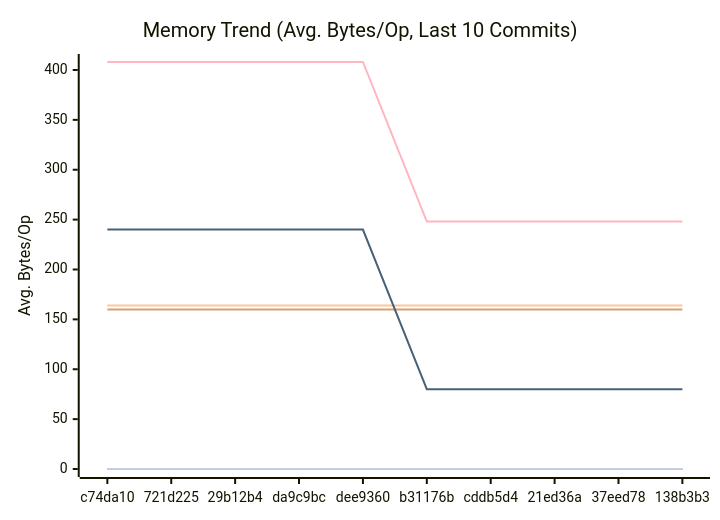
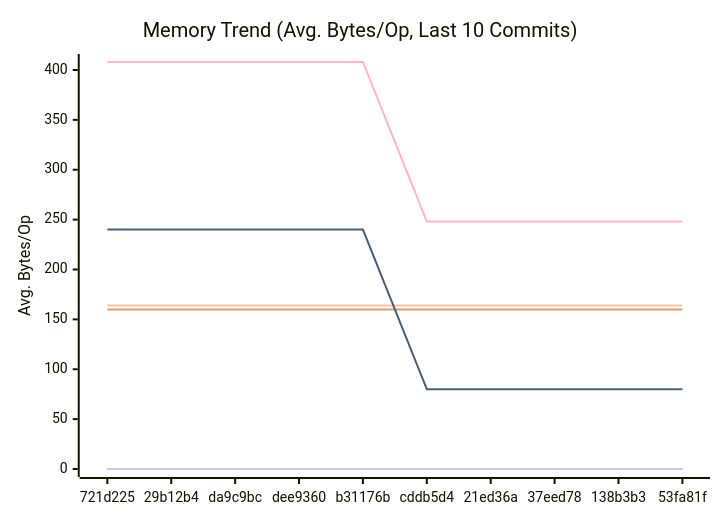
Before and after one commit to alsotoes/momo: the second of 3 diagrams in docs/PERFORMANCE.md, drawn with Mermaid. The commit also changed other lines of this file and 13 other files, not shown here.

````diff
--- a/docs/PERFORMANCE.md
+++ b/docs/PERFORMANCE.md
@@ -97,16 +97,16 @@
 ```mermaid
 xychart-beta
     title "Memory Trend (Avg. Bytes/Op, Last 10 Commits)"
     x-axis "Commit"
     y-axis "Avg. Bytes/Op"
-    x-axis [c74da10,721d225,29b12b4,da9c9bc,dee9360,b31176b,cddb5d4,21ed36a,37eed78,138b3b3]
+    x-axis [721d225,29b12b4,da9c9bc,dee9360,b31176b,cddb5d4,21ed36a,37eed78,138b3b3,53fa81f]
     line "CheckMetricsAndSwap" [0,0,0,0,0,0,0,0,0,0]
     line "CrushOptimized" [0,0,0,0,0,0,0,0,0,0]
     line "CrushOriginal" [164,164,164,164,164,164,164,164,164,164]
     line "IndexDirectTracking" [0,0,0,0,0,0,0,0,0,0]
     line "IndexSearch" [0,0,0,0,0,0,0,0,0,0]
     line "LoadGlobalConfig" [160,160,160,160,160,160,160,160,160,160]
     line "PadString" [0,0,0,0,0,0,0,0,0,0]
     line "ParseReplicationOrder_NoPrealloc" [408,408,408,408,408,248,248,248,248,248]
     line "ParseReplicationOrder_Prealloc" [240,240,240,240,240,80,80,80,80,80]
 ```
````
